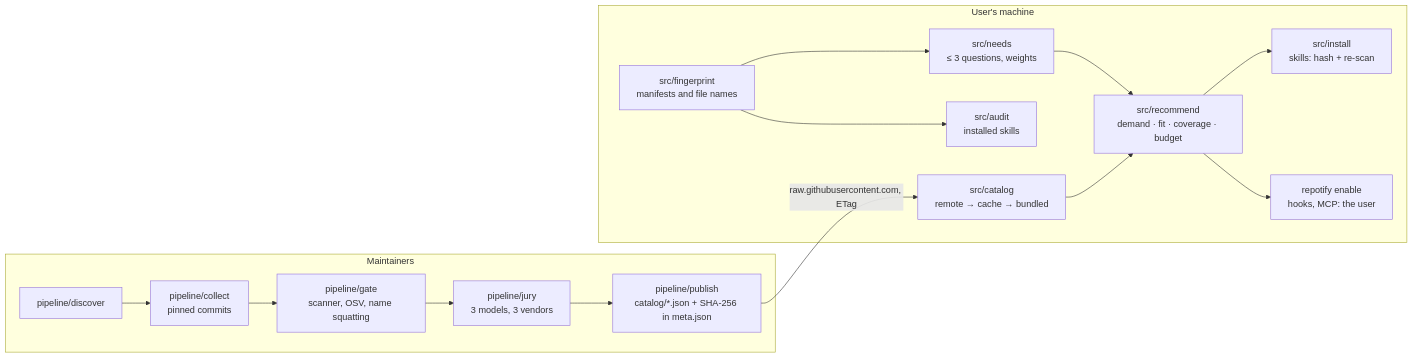
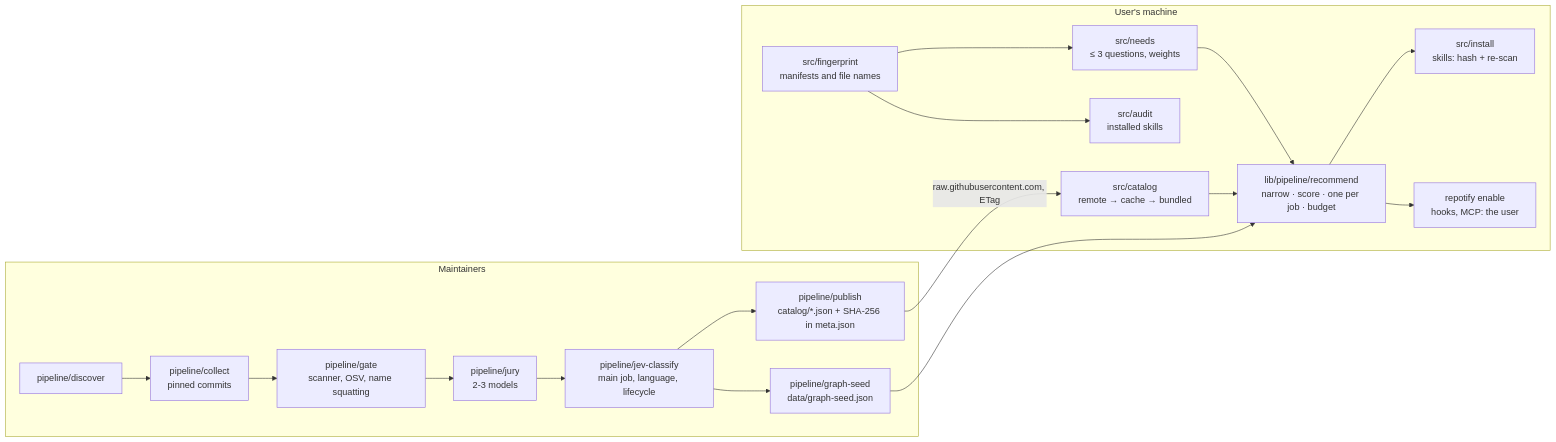
The diagram in docs/ARCHITECTURE.md (repotify/repotify), drawn with Mermaid before and after one commit. The commit also changed other lines of this file and 6 other files, not shown here.

````diff
--- a/docs/ARCHITECTURE.md
+++ b/docs/ARCHITECTURE.md
@@ -7,18 +7,21 @@
 ```mermaid
 flowchart LR
   subgraph Maintainers
     D[pipeline/discover] --> C[pipeline/collect<br/>pinned commits]
     C --> G[pipeline/gate<br/>scanner, OSV, name squatting]
-    G --> J[pipeline/jury<br/>3 models, 3 vendors]
-    J --> P[pipeline/publish<br/>catalog/*.json + SHA-256 in meta.json]
+    G --> J[pipeline/jury<br/>2-3 models]
+    J --> K[pipeline/jev-classify<br/>main job, language, lifecycle]
+    K --> P[pipeline/publish<br/>catalog/*.json + SHA-256 in meta.json]
+    K --> M[pipeline/graph-seed<br/>data/graph-seed.json]
   end
   P -->|raw.githubusercontent.com, ETag| L[src/catalog<br/>remote → cache → bundled]
   subgraph "User's machine"
     F[src/fingerprint<br/>manifests and file names] --> N[src/needs<br/>≤ 3 questions, weights]
-    N --> R[src/recommend<br/>demand · fit · coverage · budget]
+    N --> R[lib/pipeline/recommend<br/>narrow · score · one per job · budget]
     L --> R
+    M --> R
     R --> I[src/install<br/>skills: hash + re-scan]
     R --> E[repotify enable<br/>hooks, MCP: the user]
     F --> A[src/audit<br/>installed skills]
   end
 ```
````
